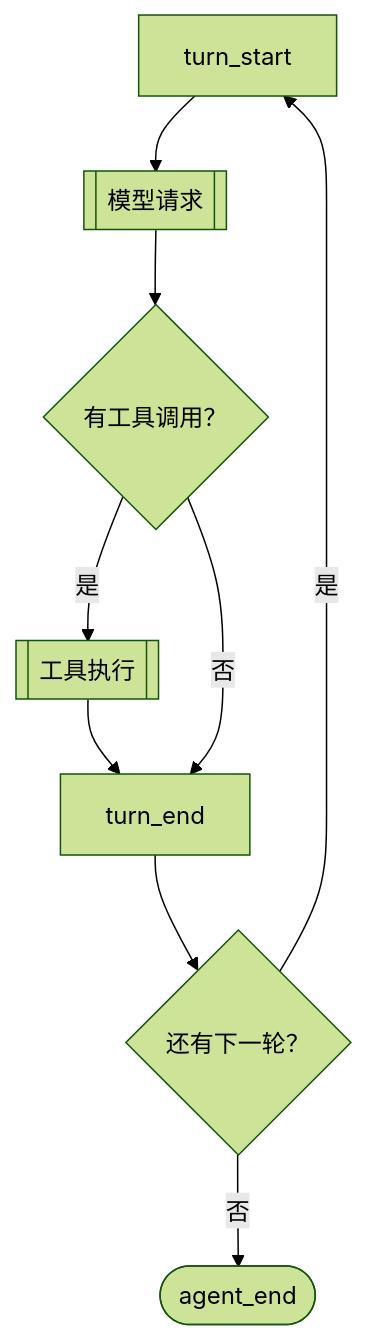
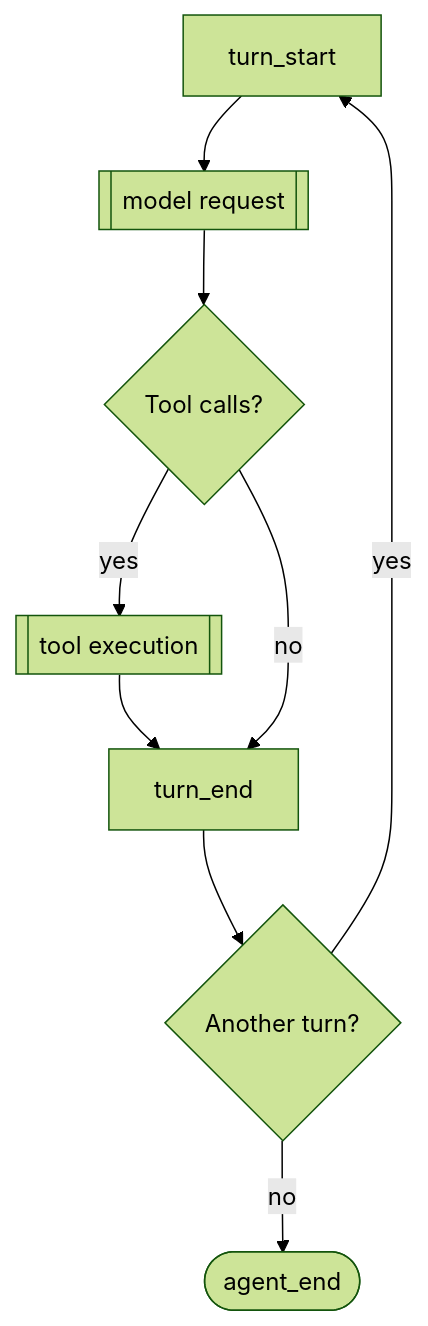
One commit to Lizhen0628/pi-dev-chinese changed the second of 3 diagrams in docs-md/extensions.md. Above: the diagram before and after it, drawn with Mermaid (forest theme). The commit also changed other lines of this file and 7 other files, not shown here.

````diff
--- a/docs-md/extensions.md
+++ b/docs-md/extensions.md
@@ -82,11 +82,11 @@
 ```mermaid
 flowchart TD
-    TurnStart["turn_start"] --> Request[["模型请求"]]
-    Request --> ToolDecision{"有工具调用？"}
-    ToolDecision -->|是| Tools[["工具执行"]]
+    TurnStart["turn_start"] --> Request[["model request"]]
+    Request --> ToolDecision{"Tool calls?"}
+    ToolDecision -->|yes| Tools[["tool execution"]]
     Tools --> TurnEnd["turn_end"]
-    ToolDecision -->|否| TurnEnd
-    TurnEnd --> MoreTurns{"还有下一轮？"}
-    MoreTurns -->|是| TurnStart
-    MoreTurns -->|否| AgentEnd(["agent_end"])
+    ToolDecision -->|no| TurnEnd
+    TurnEnd --> MoreTurns{"Another turn?"}
+    MoreTurns -->|yes| TurnStart
+    MoreTurns -->|no| AgentEnd(["agent_end"])
 ```
````
